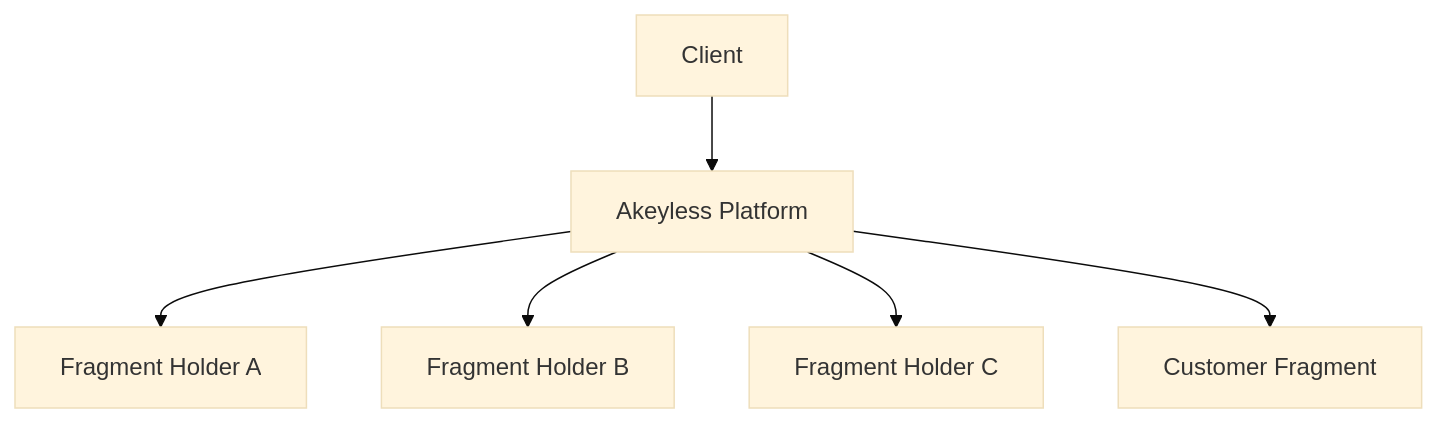
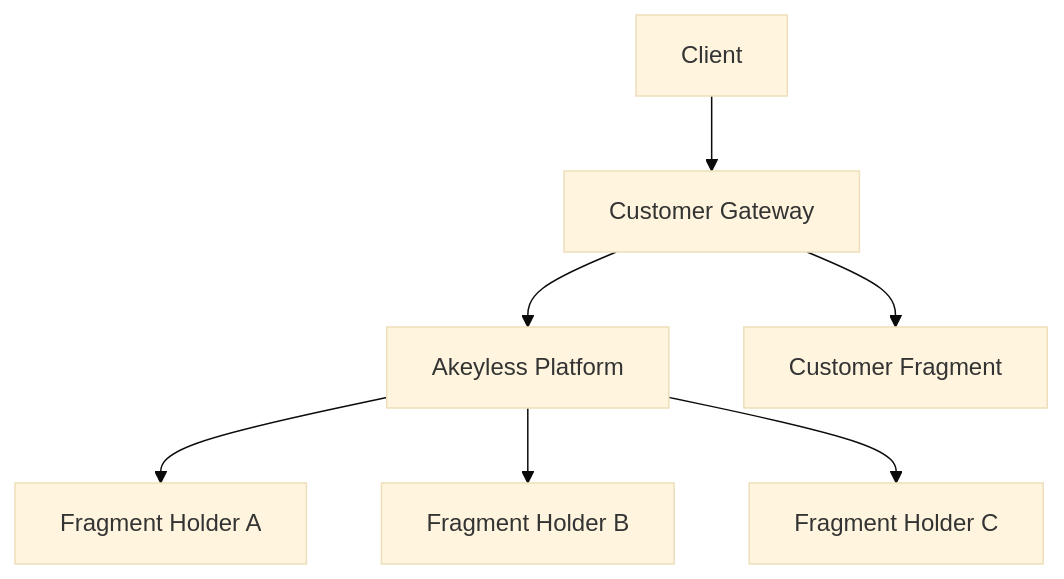
One commit to akeylesslabs/technical-documentation changed the diagram in docs/Getting Started/dfc-overview/index.md. Above: the diagram before and after it, drawn with Mermaid (base theme). The commit also changed other lines of this file, not shown here.

Commit message:
Update index.md
Add the Gateway to the mermaid chart and add a note on the Gateway and CF being optional.

````diff
--- a/docs/Getting Started/dfc-overview/index.md
+++ b/docs/Getting Started/dfc-overview/index.md
@@ -20,8 +20,9 @@
 ```mermaid
 graph TD
-    C[Client] --> U[Akeyless Platform]
+    C[Client] --> G[Customer Gateway]
+    G --> U[Akeyless Platform]
     U --> K1[Fragment Holder A]
     U --> K2[Fragment Holder B]
     U --> K3[Fragment Holder C]
-    U --> CF[Customer Fragment]
+    G --> CF[Customer Fragment]
 ```
````
